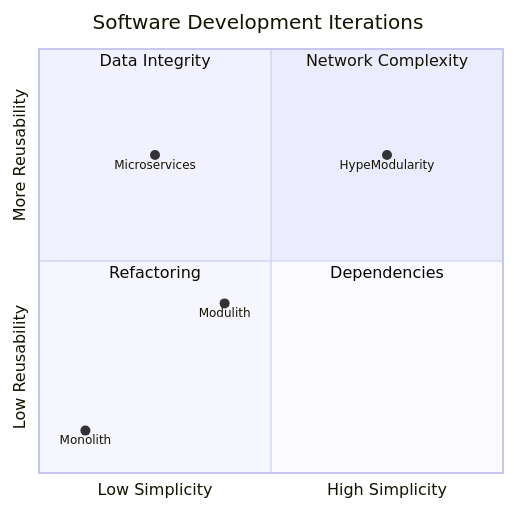
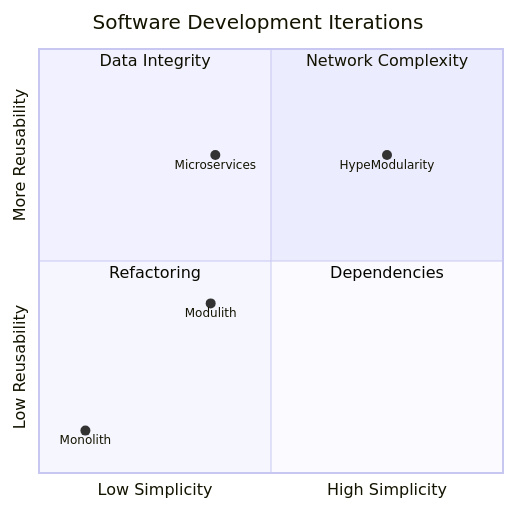
The diagram in 3/README.md (coders-info/modular-code), drawn with Mermaid before and after one commit.

````diff
--- a/3/README.md
+++ b/3/README.md
@@ -1,14 +1,14 @@
 ```mermaid
 quadrantChart
     title Software Development Iterations
     x-axis Low Simplicity --> High Simplicity
     y-axis Low Reusability --> More Reusability
     quadrant-1 Network Complexity
     quadrant-2 Data Integrity
     quadrant-3 Refactoring
     quadrant-4 Dependencies
-    Modulith: [0.4, 0.4]
+    Modulith: [0.37, 0.4]
     Monolith: [0.1, 0.1]
-    Microservices: [0.25, 0.75]  
+    Microservices: [0.38, 0.75]  
     HypeModularity: [0.75, 0.75]
 ```
````
